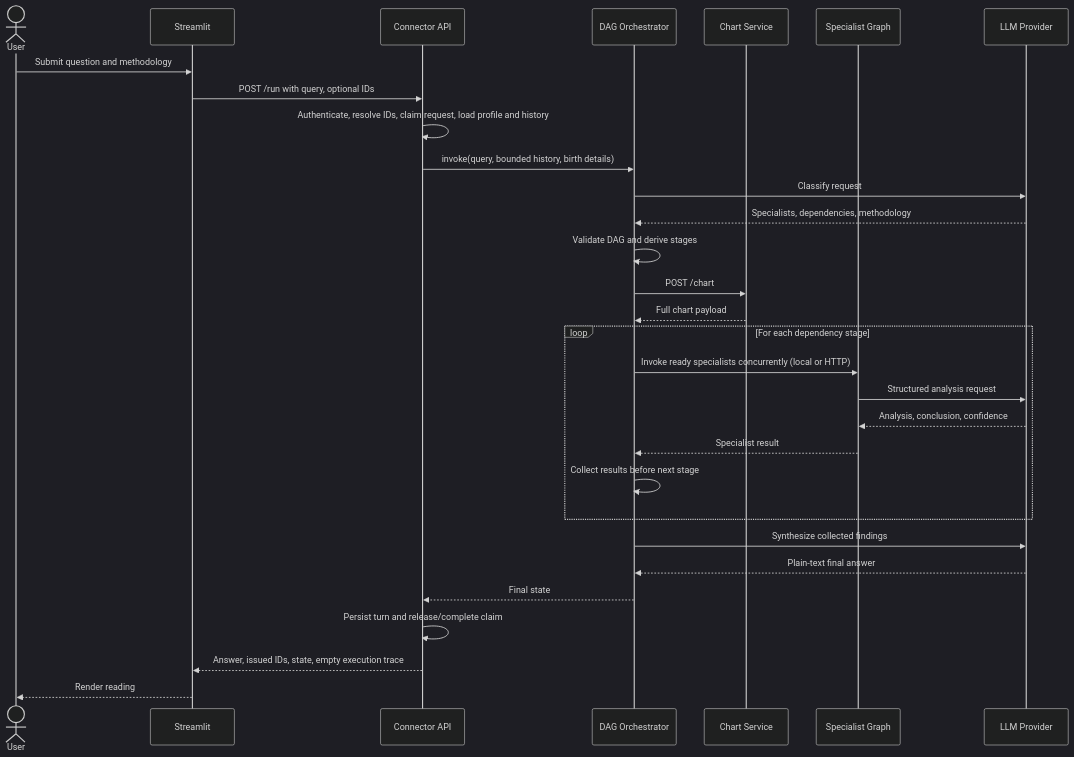
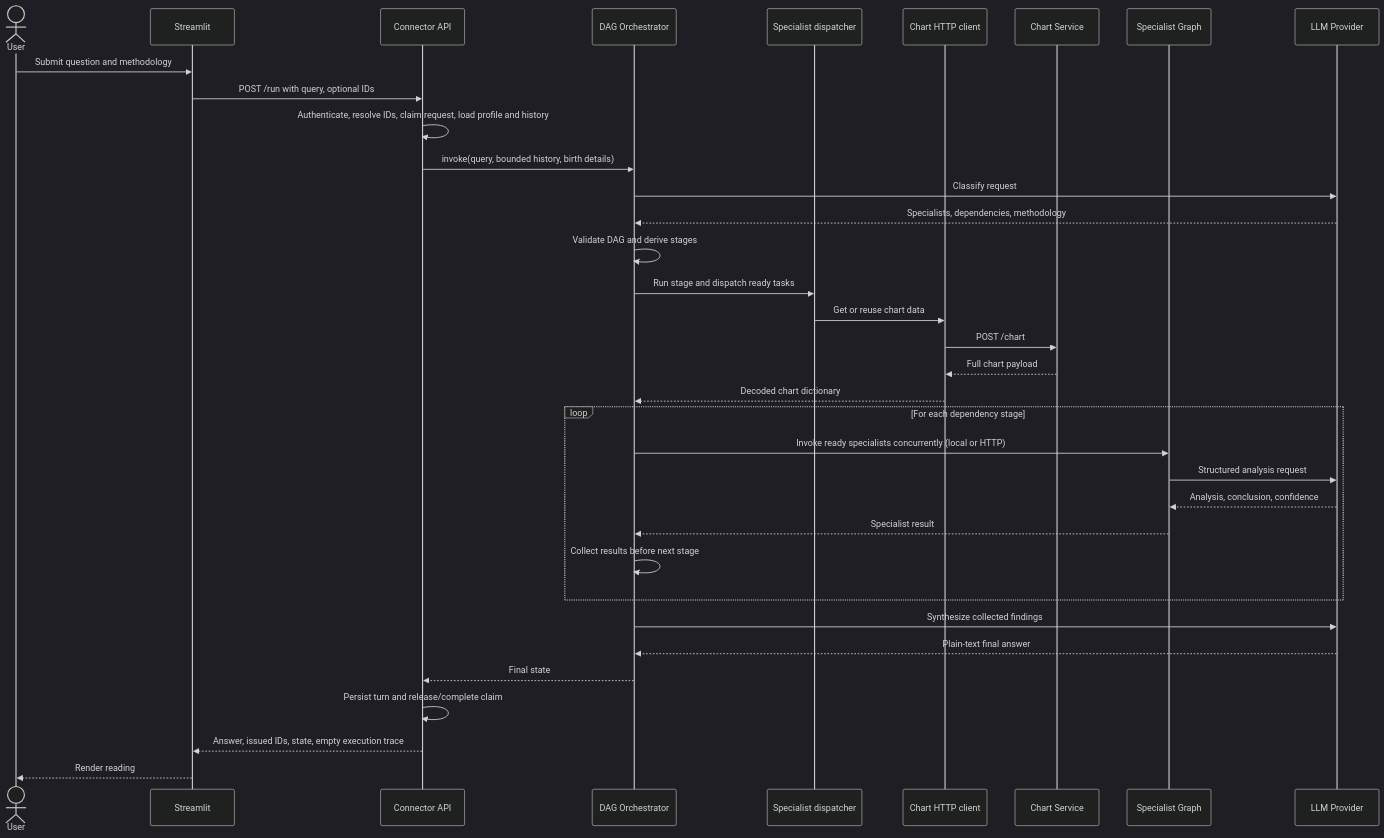
The second of 4 diagrams in docs/PROJECT_DOCUMENTATION.md (chamanthmvs/AstroWeave), drawn with Mermaid (dark theme) before and after one commit. The commit also changed other lines of this file and 10 other files, not shown here.

````diff
--- a/docs/PROJECT_DOCUMENTATION.md
+++ b/docs/PROJECT_DOCUMENTATION.md
@@ -242,33 +242,38 @@
 ```mermaid
 sequenceDiagram
     actor User
     participant UI as Streamlit
     participant API as Connector API
     participant O as DAG Orchestrator
+    participant D as Specialist dispatcher
+    participant CC as Chart HTTP client
     participant C as Chart Service
     participant S as Specialist Graph
     participant L as LLM Provider
 
     User->>UI: Submit question and methodology
     UI->>API: POST /run with query, optional IDs
     API->>API: Authenticate, resolve IDs, claim request, load profile and history
     API->>O: invoke(query, bounded history, birth details)
     O->>L: Classify request
     L-->>O: Specialists, dependencies, methodology
     O->>O: Validate DAG and derive stages
-    O->>C: POST /chart
-    C-->>O: Full chart payload
+    O->>D: Run stage and dispatch ready tasks
+    D->>CC: Get or reuse chart data
+    CC->>C: POST /chart
+    C-->>CC: Full chart payload
+    CC-->>O: Decoded chart dictionary
     loop For each dependency stage
       O->>S: Invoke ready specialists concurrently (local or HTTP)
         S->>L: Structured analysis request
         L-->>S: Analysis, conclusion, confidence
         S-->>O: Specialist result
         O->>O: Collect results before next stage
     end
     O->>L: Synthesize collected findings
     L-->>O: Plain-text final answer
     O-->>API: Final state
     API->>API: Persist turn and release/complete claim
     API-->>UI: Answer, issued IDs, state, empty execution trace
     UI-->>User: Render reading
 ```
````
